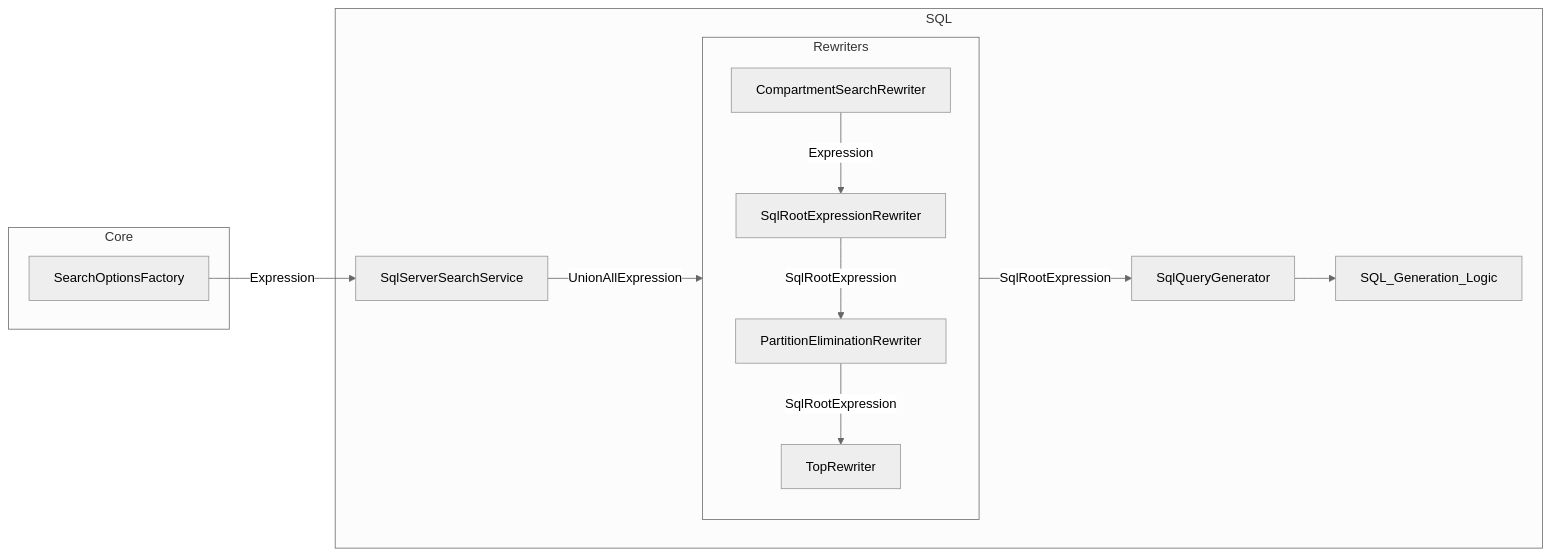
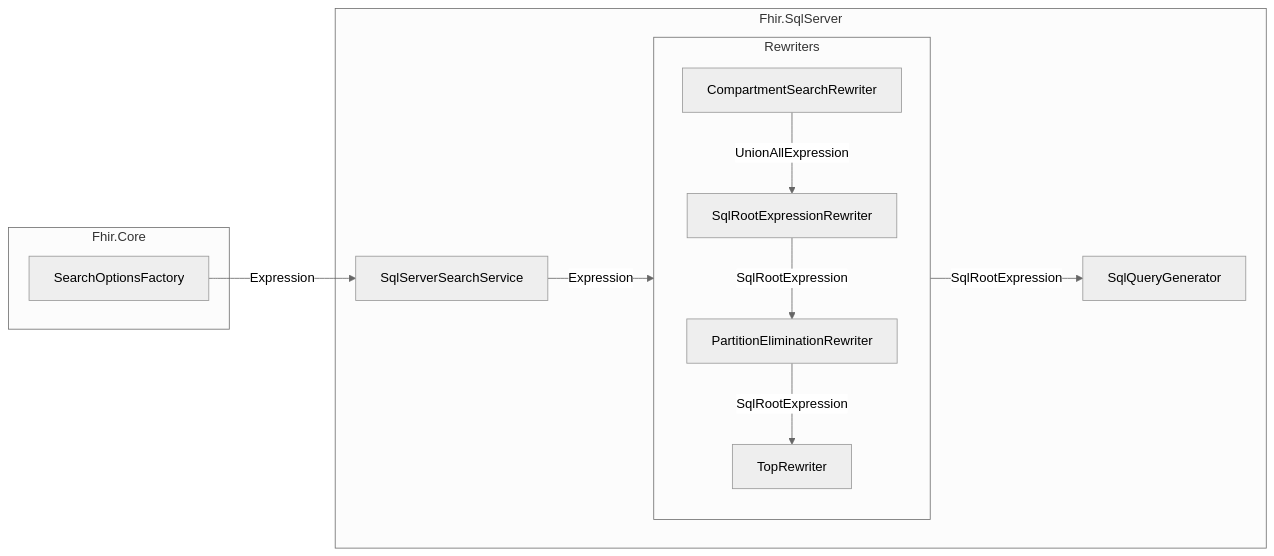
One commit to microsoft/fhir-server changed the diagram in docs/flow diagrams/search-compartment-sql.md. Above: the diagram before and after it, drawn with Mermaid. The commit also changed 3 other files, not shown here.

````diff
--- a/docs/flow diagrams/search-compartment-sql.md
+++ b/docs/flow diagrams/search-compartment-sql.md
@@ -1,23 +1,26 @@
 ```mermaid
 %%{init: {'theme': 'neutral' } }%%
 flowchart LR
 SearchOptionsFactory -- Expression --> SqlServerSearchService
 
-subgraph Core
+subgraph Fhir.Core
+
     SearchOptionsFactory
 end
 
-subgraph SQL
-    SqlServerSearchService -- UnionAllExpression --> Rewriters
+subgraph Fhir.SqlServer
+
+    SqlServerSearchService -- Expression --> Rewriters
     
     Rewriters -- SqlRootExpression --> SqlQueryGenerator
 
-    SqlQueryGenerator --> SQL_Generation_Logic
+    SqlQueryGenerator
 
     subgraph Rewriters
-        CompartmentSearchRewriter -- Expression --> SqlRootExpressionRewriter
+
+        CompartmentSearchRewriter -- UnionAllExpression --> SqlRootExpressionRewriter
         SqlRootExpressionRewriter -- SqlRootExpression --> PartitionEliminationRewriter
         PartitionEliminationRewriter -- SqlRootExpression --> TopRewriter
     end
 end
 ```
````
